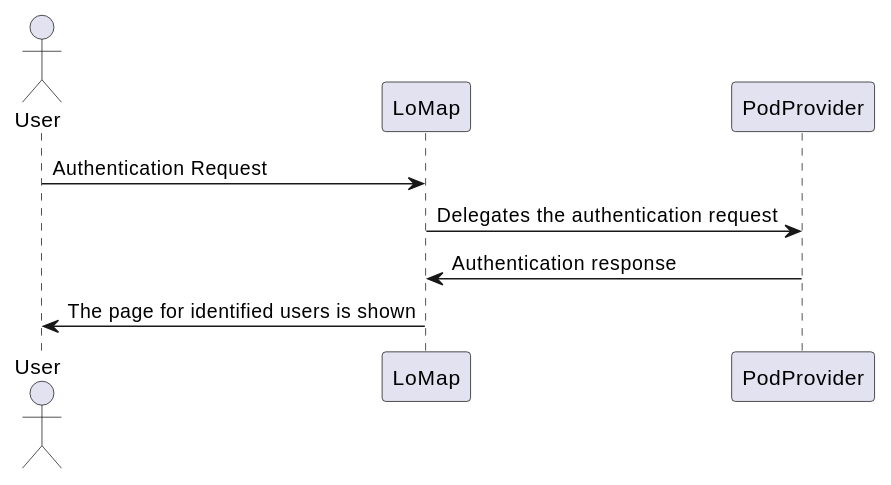
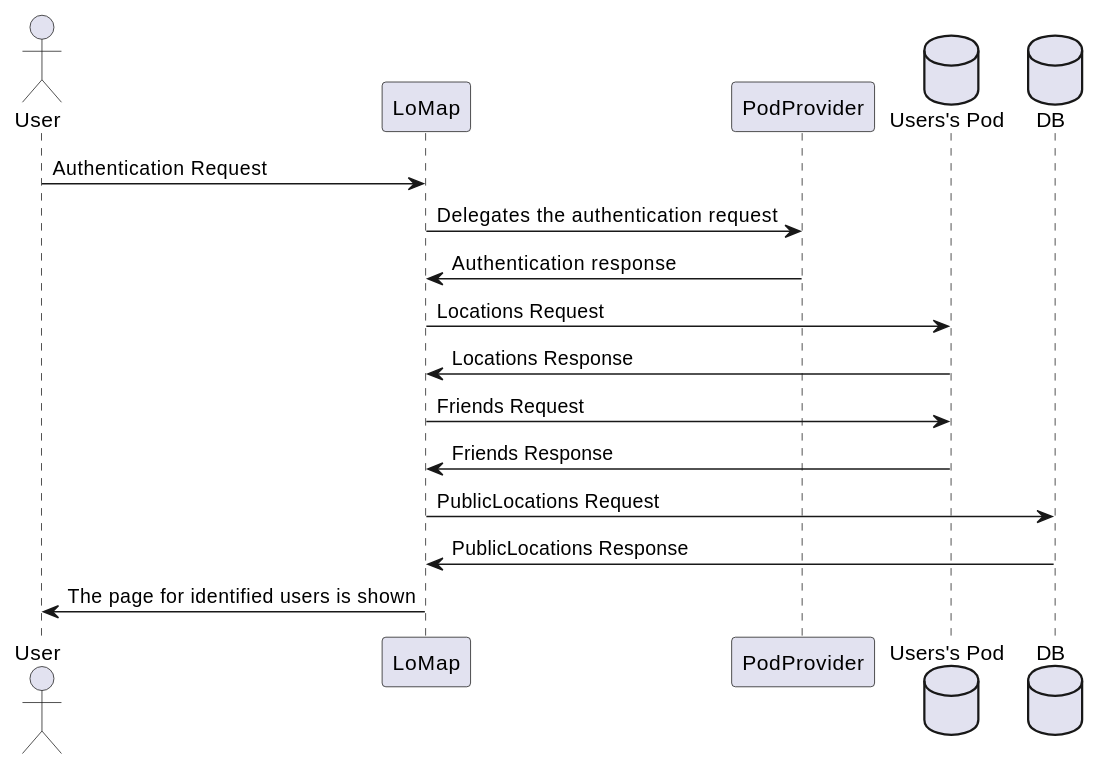
One commit to Arquisoft/lomap_es1b1 changed the second of 3 diagrams in docs/06_runtime_view.adoc. Above: the diagram before and after it, drawn with PlantUML. The commit also changed other lines of this file and 13 other files, not shown here.

```diff
--- a/docs/06_runtime_view.adoc
+++ b/docs/06_runtime_view.adoc
@@ -8,10 +26,18 @@
-[plantuml,"Sequence diagram 1",png]
+[plantuml,"Sequence diagram 2",png]
 ----
 actor User
 participant LoMap
 participant PodProvider
+database Pod as "Users's Pod"
+database DB
 User -> LoMap: Authentication Request
 LoMap -> PodProvider: Delegates the authentication request
 LoMap  <- PodProvider: Authentication response
+LoMap -> Pod: Locations Request
+LoMap <- Pod: Locations Response
+LoMap -> Pod: Friends Request
+LoMap <- Pod: Friends Response
+LoMap -> DB: PublicLocations Request
+LoMap <- DB: PublicLocations Response
 User <- LoMap: The page for identified users is shown
 ----
```
